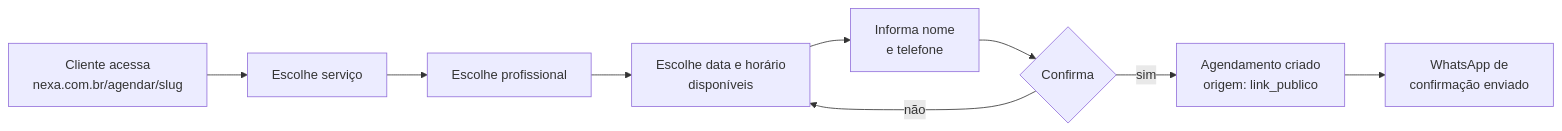
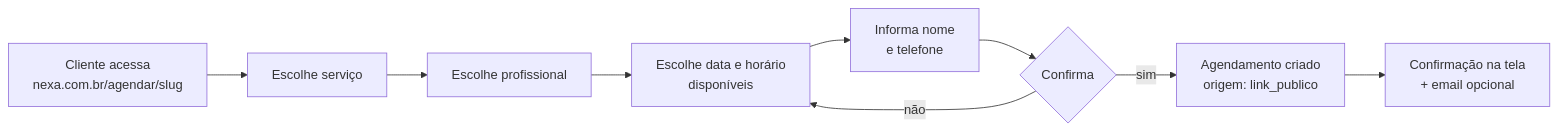
The fifth of 7 diagrams in DIAGRAM.md (DiegoNexa/Nexa), drawn with Mermaid before and after one commit. The commit also changed other lines of this file and 5 other files, not shown here.

First line of the commit message:
chore: remove WhatsApp + IA do escopo v1.0 (adiado por custo)

````diff
--- a/DIAGRAM.md
+++ b/DIAGRAM.md
@@ -146,11 +141,11 @@
 ```mermaid
 flowchart LR
     A[Cliente acessa\nnexa.com.br/agendar/slug] --> B[Escolhe serviço]
     B --> C[Escolhe profissional]
     C --> D[Escolhe data e horário\ndisponíveis]
     D --> E[Informa nome\ne telefone]
     E --> F{Confirma}
     F -->|sim| G[Agendamento criado\norigem: link_publico]
-    G --> H[WhatsApp de\nconfirmação enviado]
+    G --> H[Confirmação na tela\n+ email opcional]
     F -->|não| D
 ```
````
